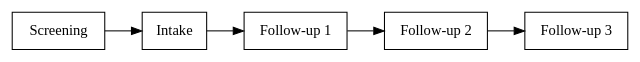
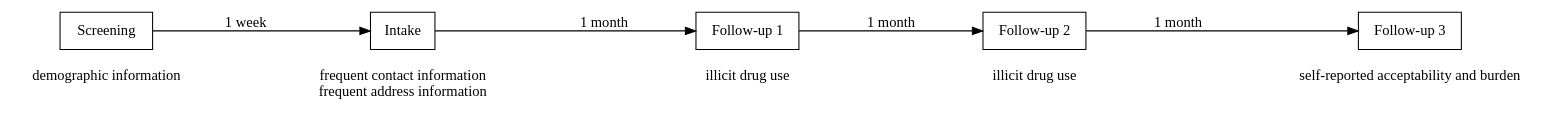
The diagram in index.qmd (jjcurtin/study_messages), drawn with Graphviz before and after one commit. The commit also changed other lines of this file and 4 other files, not shown here.

````diff
--- a/index.qmd
+++ b/index.qmd
@@ -122,16 +117,42 @@
 ```{dot}
 digraph {
 
   graph [layout = dot, rankdir = LR];
   node [shape = rectangle];
   
   a[label = "Screening"]
   b[label = "Intake"]
   c [label = "Follow-up 1"]
   d [label = "Follow-up 2"]
   e [label = "Follow-up 3"]
   
-  a -> b -> c -> d -> e
+  a -> b [label = "1 week", minlen = 1] 
+  b -> c [label = "1 month", minlen = 3]
+  c -> d [label = "1 month", minlen = 3]
+  d -> e [label = "1 month", minlen = 3]
 
+  subgraph {
+      rankdir = LR
+      
+      f [shape = none, margin = 0, labelloc = t,
+      label = "demographic information\n"]
+      g [shape = none, margin = 0, labelloc = t,
+      label = "frequent contact information\n frequent address information"]
+      h [shape = none, margin = 0, labelloc = t,
+      label = "illicit drug use"]
+      i [shape = none, margin = 0, labelloc = t,
+      label = "illicit drug use"]
+      j [shape = none, margin = 0, labelloc = t,
+      label = "self-reported acceptability and burden"]
+
+  }
+  
+  a -> f [minlen = 0.1, color=none]
+  b -> g [minlen = 0.1, color = none]
+  c -> h [minlen = 0.1, color = none]
+  d -> i [minlen = 0.1, color = none]
+  e -> j [minlen = 0.1, color = none]
+
+  
 }
 ```
````
